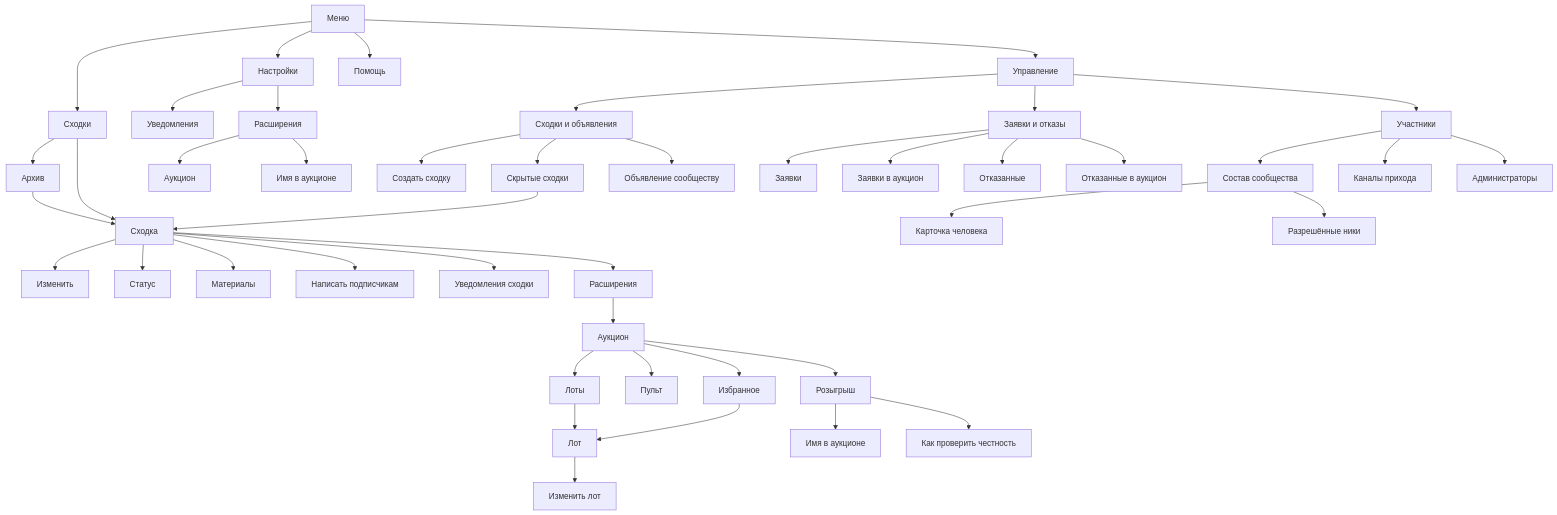
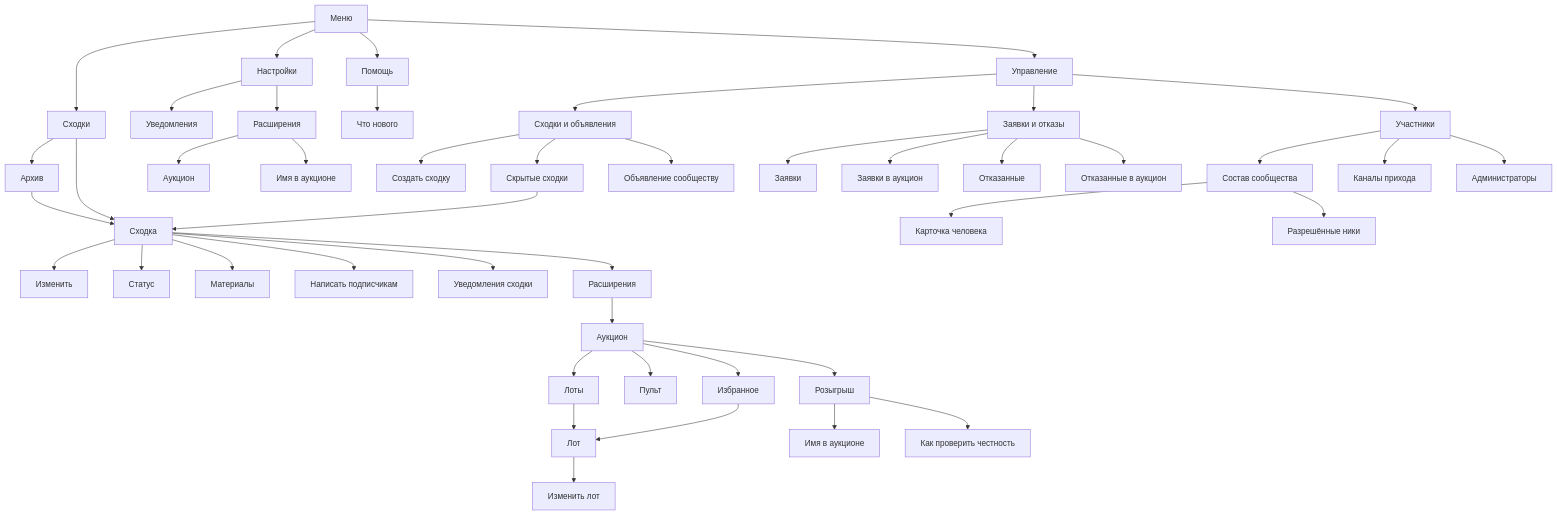
One commit to Solguficky/solguficky-hub changed the first of 2 diagrams in docs/design/bot/design-code.md. Above: the diagram before and after it, drawn with Mermaid. The commit also changed other lines of this file and 11 other files, not shown here.

````diff
--- a/docs/design/bot/design-code.md
+++ b/docs/design/bot/design-code.md
@@ -37,52 +39,53 @@
 ```mermaid
 flowchart TD
     menu[Меню]
     menu --> meetups[Сходки]
     menu --> settings[Настройки]
     menu --> help[Помощь]
     menu --> manage[Управление]
     meetups --> archive[Архив]
+    help --> whatsNew[Что нового]
     settings --> notify[Уведомления]
     settings --> settingsExt[Расширения]
     settingsExt --> outbid[Аукцион]
     settingsExt --> hubName[Имя в аукционе]
 
     meetups --> card[Сходка]
     archive --> card
     hidden --> card
 
     card --> edit[Изменить]
     card --> status[Статус]
     card --> materials[Материалы]
     card --> broadcast[Написать подписчикам]
     card --> notifyMeetup[Уведомления сходки]
     card --> extensions[Расширения]
     extensions --> auctionRoot[Аукцион]
     auctionRoot --> lots[Лоты]
     lots --> lot[Лот]
     lot --> lotForm[Изменить лот]
     auctionRoot --> console[Пульт]
     auctionRoot --> lotFavorites[Избранное]
     lotFavorites --> lot
     auctionRoot --> lotRaffle[Розыгрыш]
     lotRaffle --> lotRaffleName[Имя в аукционе]
     lotRaffle --> lotRaffleProof[Как проверить честность]
 
     manage --> gMeetups[Сходки и объявления]
     manage --> gApplications[Заявки и отказы]
     manage --> gMembers[Участники]
 
     gMeetups --> create[Создать сходку]
     gMeetups --> hidden[Скрытые сходки]
     gMeetups --> announce[Объявление сообществу]
     gApplications --> applications[Заявки]
     gApplications --> auctionApplications[Заявки в аукцион]
     gApplications --> refused[Отказанные]
     gApplications --> auctionRefused[Отказанные в аукцион]
     gMembers --> community[Состав сообщества]
     gMembers --> channels[Каналы прихода]
     gMembers --> administrators[Администраторы]
 
     community --> person[Карточка человека]
     community --> nicks[Разрешённые ники]
 ```
````
